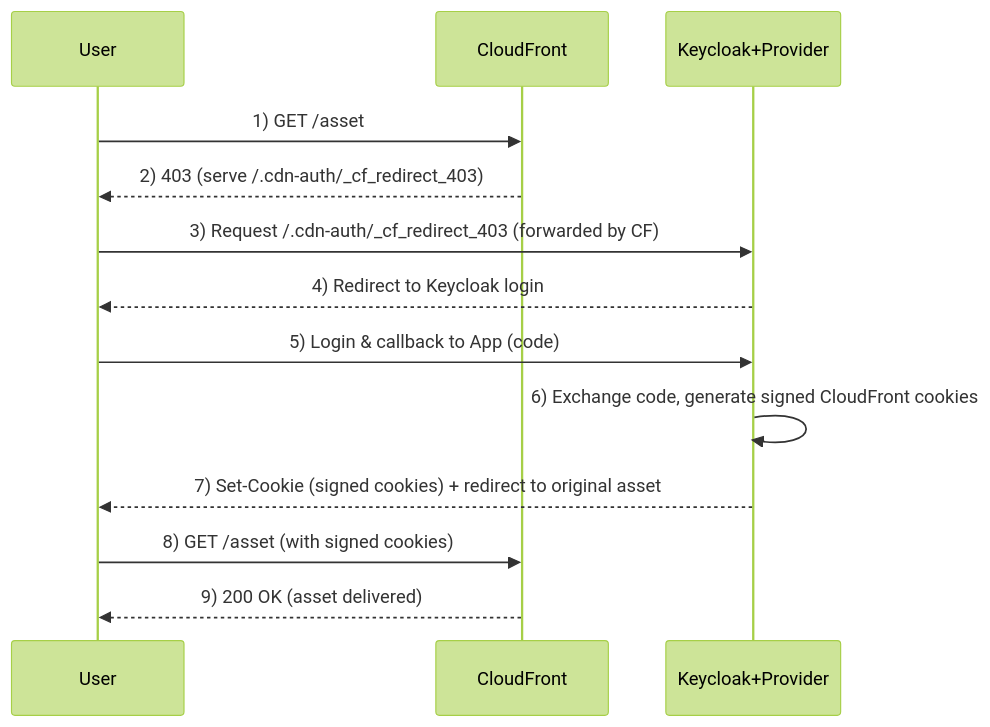
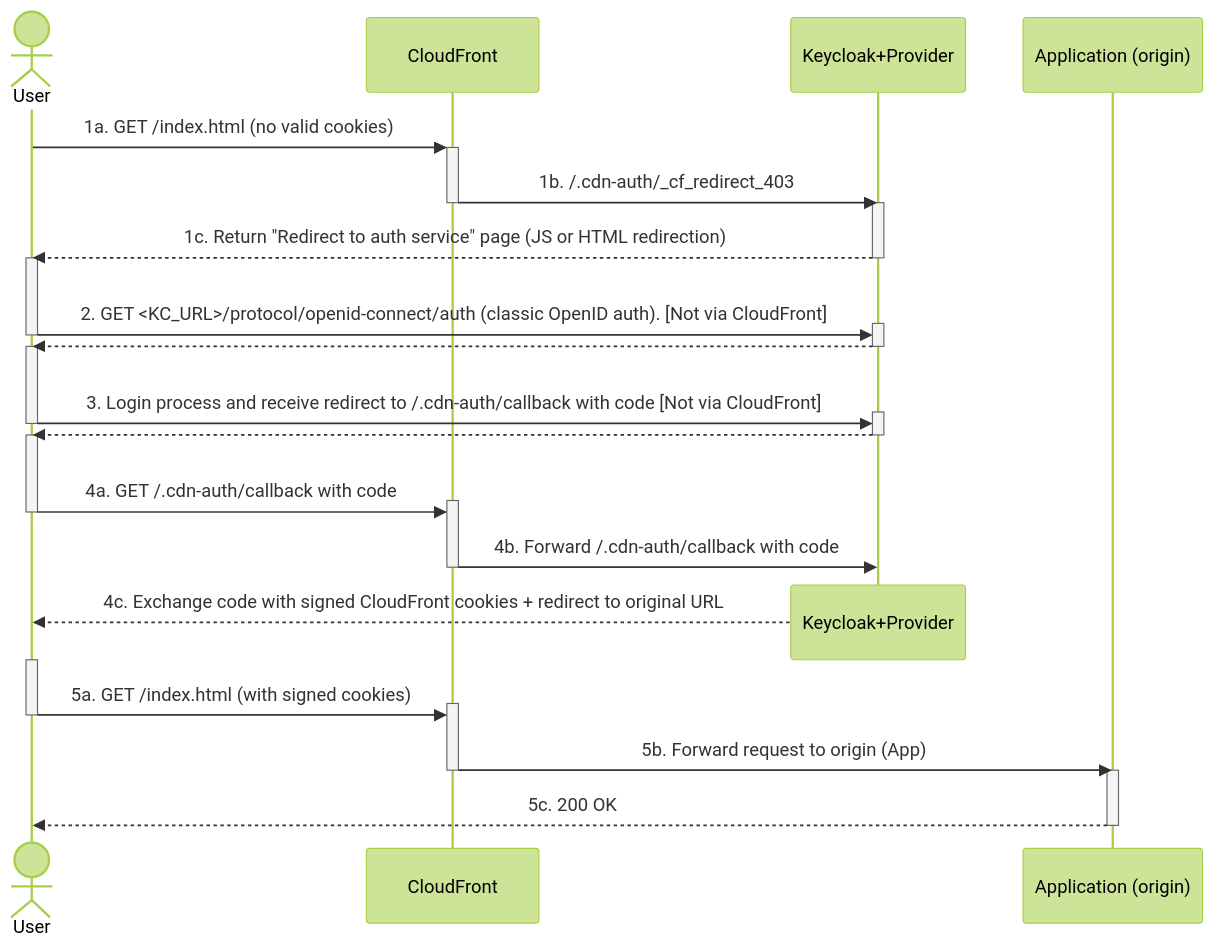
Before and after one commit to jul-m/keycloak-cloudfront-auth: the diagram in README.md, drawn with Mermaid (forest theme). The commit also changed other lines of this file and 4 other files, not shown here.

````diff
--- a/README.md
+++ b/README.md
@@ -75,16 +46,37 @@
 ```mermaid
 sequenceDiagram
-    participant User as User
+    actor User as User
     participant CF as CloudFront
-    participant App as Keycloak+Provider
+    participant KC as Keycloak+Provider
+    participant App as Application (origin)
 
-    User->>CF: 1) GET /asset
-    CF-->>User: 2) 403 (serve /.cdn-auth/_cf_redirect_403)
-    User->>App: 3) Request /.cdn-auth/_cf_redirect_403 (forwarded by CF)
-    App-->>User: 4) Redirect to Keycloak login
-    User->>App: 5) Login & callback to App (code)
-    App->>App: 6) Exchange code, generate signed CloudFront cookies
-    App-->>User: 7) Set-Cookie (signed cookies) + redirect to original asset
-    User->>CF: 8) GET /asset (with signed cookies)
-    CF-->>User: 9) 200 OK (asset delivered)
+    User->>+CF: 1a. GET /index.html (no valid cookies)
+    CF->>-KC: 1b. /.cdn-auth/_cf_redirect_403
+    activate KC
+    KC-->>User: 1c. Return "Redirect to auth service" page (JS or HTML redirection)
+    deactivate KC
+    activate User
+
+    User->>+KC: <br/>2. GET <KC_URL>/protocol/openid-connect/auth (classic OpenID auth). [Not via CloudFront]
+    deactivate User
+    KC-->>-User: 
+    activate User
+    User->>+KC: <br/>3. Login process and receive redirect to /.cdn-auth/callback with code [Not via CloudFront]
+    deactivate User
+    KC-->>-User: 
+
+    activate User
+    User->>+CF: <br/>4a. GET /.cdn-auth/callback with code
+    deactivate User
+    CF->>-KC: 4b. Forward /.cdn-auth/callback with code
+    destroy KC
+    KC-->>User: 4c. Exchange code with signed CloudFront cookies + redirect to original URL
+    activate User
+
+    User->>+CF: 5a. GET /index.html (with signed cookies)
+    deactivate User
+    CF->>-App: 5b. Forward request to origin (App)
+    activate App
+    App-->>User: 5c. 200 OK
+    deactivate App
 ```
````
